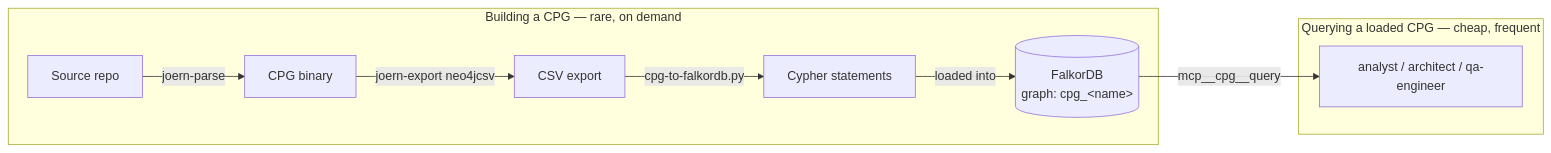
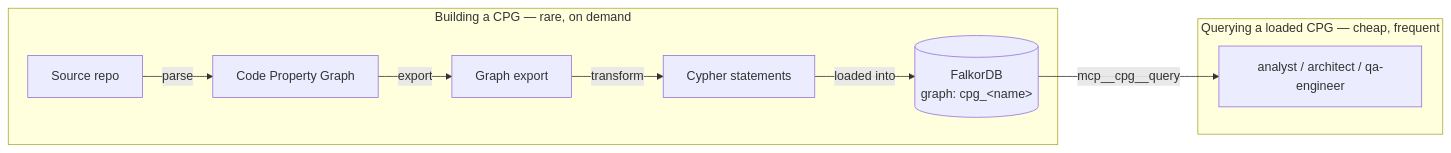
One commit to mauriciobs666/graphmind-ai-lab changed the first of 3 diagrams in docs/manuals/cpg-getting-started.md. Above: the diagram before and after it, drawn with Mermaid. The commit also changed other lines of this file, not shown here.

First line of the commit message:
docs(manuals): fold analyst + qa-engineer verification findings into CPG manual

````diff
--- a/docs/manuals/cpg-getting-started.md
+++ b/docs/manuals/cpg-getting-started.md
@@ -37,12 +39,12 @@
 ```mermaid
 flowchart LR
     subgraph Build["Building a CPG — rare, on demand"]
-        A[Source repo] -->|joern-parse| B[CPG binary]
-        B -->|joern-export neo4jcsv| C[CSV export]
-        C -->|cpg-to-falkordb.py| D[Cypher statements]
+        A[Source repo] -->|parse| B[Code Property Graph]
+        B -->|export| C[Graph export]
+        C -->|transform| D[Cypher statements]
         D -->|loaded into| E[(FalkorDB<br/>graph: cpg_&lt;name&gt;)]
     end
     subgraph Query["Querying a loaded CPG — cheap, frequent"]
         E -->|mcp__cpg__query| F[analyst / architect / qa-engineer]
     end
 ```
````
